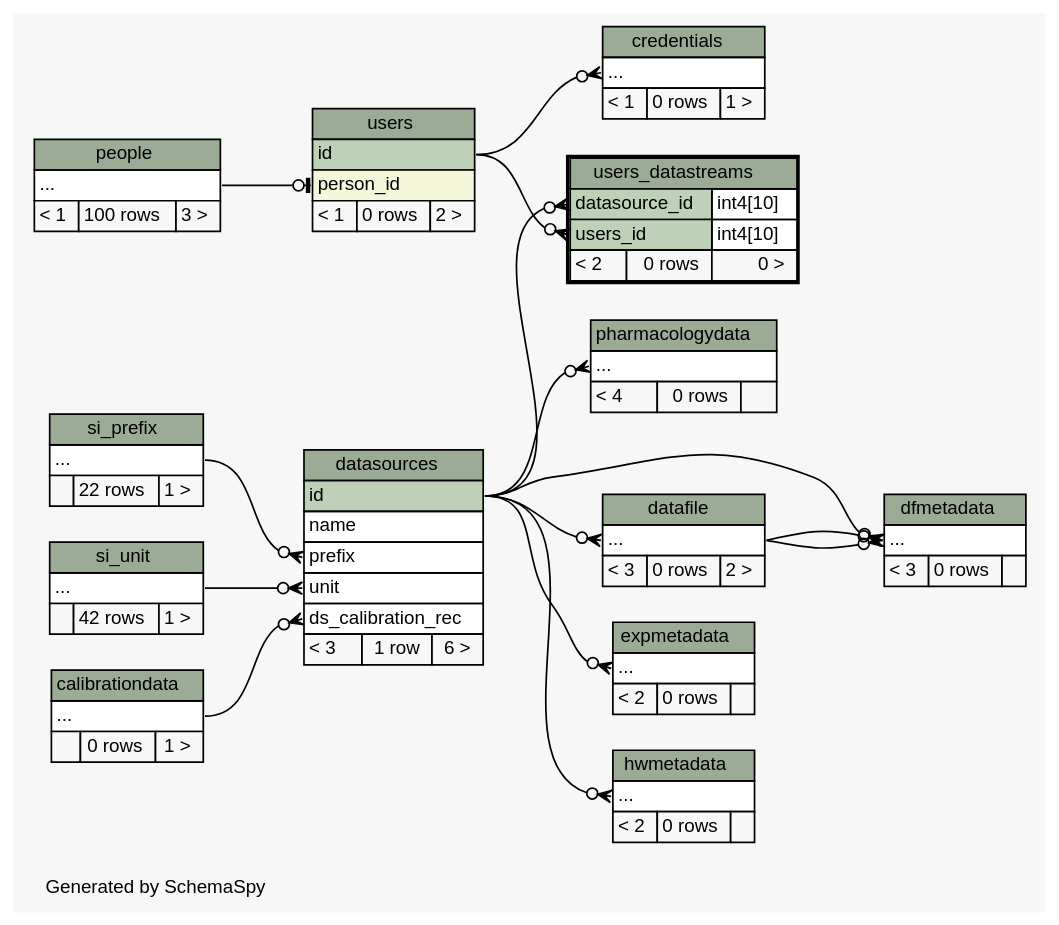
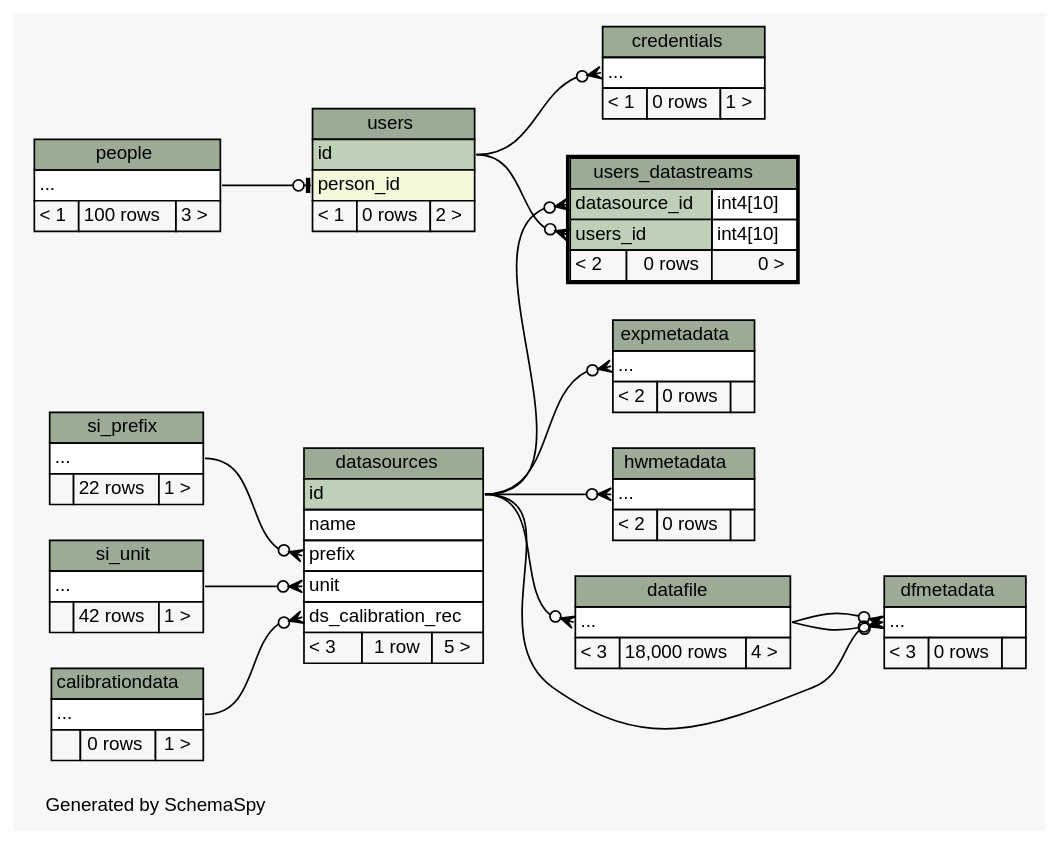
Before and after one commit to tgbugs/mlab: the diagram in database/ss/diagrams/users_datastreams.2degrees.dot, drawn with Graphviz. The commit also changed 185 other files, not shown here.

```diff
--- a/database/ss/diagrams/users_datastreams.2degrees.dot
+++ b/database/ss/diagrams/users_datastreams.2degrees.dot
@@ -1,172 +1,161 @@
 // dot 2.32.0 on Windows 7 6.1
 // SchemaSpy rev 590
 digraph "twoDegreesRelationshipsDiagram" {
   graph [
     rankdir="RL"
     bgcolor="#f7f7f7"
     label="\nGenerated by SchemaSpy"
     labeljust="l"
     nodesep="0.18"
     ranksep="0.46"
     fontname="Helvetica"
     fontsize="11"
   ];
   node [
     fontname="Helvetica"
     fontsize="11"
     shape="plaintext"
   ];
   edge [
     arrowsize="0.8"
   ];
   "credentials":"elipses":w -> "users":"id":e [arrowhead=none dir=back arrowtail=crowodot];
   "datafile":"elipses":w -> "datasources":"id":e [arrowhead=none dir=back arrowtail=crowodot];
   "datasources":"ds_calibration_rec":w -> "calibrationdata":"elipses":e [arrowhead=none dir=back arrowtail=crowodot];
   "datasources":"prefix":w -> "si_prefix":"elipses":e [arrowhead=none dir=back arrowtail=crowodot];
   "datasources":"unit":w -> "si_unit":"elipses":e [arrowhead=none dir=back arrowtail=crowodot];
   "dfmetadata":"elipses":w -> "datasources":"id":e [arrowhead=none dir=back arrowtail=crowodot];
   "dfmetadata":"elipses":w -> "datafile":"elipses":e [arrowhead=none dir=back arrowtail=crowodot];
   "dfmetadata":"elipses":w -> "datafile":"elipses":e [arrowhead=none dir=back arrowtail=crowodot];
   "expmetadata":"elipses":w -> "datasources":"id":e [arrowhead=none dir=back arrowtail=crowodot];
   "hwmetadata":"elipses":w -> "datasources":"id":e [arrowhead=none dir=back arrowtail=crowodot];
-  "pharmacologydata":"elipses":w -> "datasources":"id":e [arrowhead=none dir=back arrowtail=crowodot];
   "users":"person_id":w -> "people":"elipses":e [arrowhead=none dir=back arrowtail=teeodot];
   "users_datastreams":"datasource_id":w -> "datasources":"id":e [arrowhead=none dir=back arrowtail=crowodot];
   "users_datastreams":"users_id":w -> "users":"id":e [arrowhead=none dir=back arrowtail=crowodot];
   "calibrationdata" [
     label=<
     <TABLE BORDER="0" CELLBORDER="1" CELLSPACING="0" BGCOLOR="#ffffff">
       <TR><TD COLSPAN="3" BGCOLOR="#9bab96" ALIGN="CENTER">calibrationdata</TD></TR>
       <TR><TD PORT="elipses" COLSPAN="3" ALIGN="LEFT">...</TD></TR>
       <TR><TD ALIGN="LEFT" BGCOLOR="#f7f7f7">  </TD><TD ALIGN="RIGHT" BGCOLOR="#f7f7f7">0 rows</TD><TD ALIGN="RIGHT" BGCOLOR="#f7f7f7">1 &gt;</TD></TR>
     </TABLE>>
     URL="calibrationdata.html"
     tooltip="calibrationdata"
   ];
   "credentials" [
     label=<
     <TABLE BORDER="0" CELLBORDER="1" CELLSPACING="0" BGCOLOR="#ffffff">
       <TR><TD COLSPAN="3" BGCOLOR="#9bab96" ALIGN="CENTER">credentials</TD></TR>
       <TR><TD PORT="elipses" COLSPAN="3" ALIGN="LEFT">...</TD></TR>
       <TR><TD ALIGN="LEFT" BGCOLOR="#f7f7f7">&lt; 1</TD><TD ALIGN="RIGHT" BGCOLOR="#f7f7f7">0 rows</TD><TD ALIGN="RIGHT" BGCOLOR="#f7f7f7">1 &gt;</TD></TR>
     </TABLE>>
     URL="credentials.html"
     tooltip="credentials"
   ];
   "datafile" [
     label=<
     <TABLE BORDER="0" CELLBORDER="1" CELLSPACING="0" BGCOLOR="#ffffff">
       <TR><TD COLSPAN="3" BGCOLOR="#9bab96" ALIGN="CENTER">datafile</TD></TR>
       <TR><TD PORT="elipses" COLSPAN="3" ALIGN="LEFT">...</TD></TR>
-      <TR><TD ALIGN="LEFT" BGCOLOR="#f7f7f7">&lt; 3</TD><TD ALIGN="RIGHT" BGCOLOR="#f7f7f7">0 rows</TD><TD ALIGN="RIGHT" BGCOLOR="#f7f7f7">2 &gt;</TD></TR>
+      <TR><TD ALIGN="LEFT" BGCOLOR="#f7f7f7">&lt; 3</TD><TD ALIGN="RIGHT" BGCOLOR="#f7f7f7">18,000 rows</TD><TD ALIGN="RIGHT" BGCOLOR="#f7f7f7">4 &gt;</TD></TR>
     </TABLE>>
     URL="datafile.html"
     tooltip="datafile"
   ];
   "datasources" [
     label=<
     <TABLE BORDER="0" CELLBORDER="1" CELLSPACING="0" BGCOLOR="#ffffff">
       <TR><TD COLSPAN="3" BGCOLOR="#9bab96" ALIGN="CENTER">datasources</TD></TR>
       <TR><TD PORT="id" COLSPAN="3" BGCOLOR="#bed1b8" ALIGN="LEFT">id</TD></TR>
       <TR><TD PORT="name" COLSPAN="3" ALIGN="LEFT">name</TD></TR>
       <TR><TD PORT="prefix" COLSPAN="3" ALIGN="LEFT">prefix</TD></TR>
       <TR><TD PORT="unit" COLSPAN="3" ALIGN="LEFT">unit</TD></TR>
       <TR><TD PORT="ds_calibration_rec" COLSPAN="3" ALIGN="LEFT">ds_calibration_rec</TD></TR>
-      <TR><TD ALIGN="LEFT" BGCOLOR="#f7f7f7">&lt; 3</TD><TD ALIGN="RIGHT" BGCOLOR="#f7f7f7">1 row</TD><TD ALIGN="RIGHT" BGCOLOR="#f7f7f7">6 &gt;</TD></TR>
+      <TR><TD ALIGN="LEFT" BGCOLOR="#f7f7f7">&lt; 3</TD><TD ALIGN="RIGHT" BGCOLOR="#f7f7f7">1 row</TD><TD ALIGN="RIGHT" BGCOLOR="#f7f7f7">5 &gt;</TD></TR>
     </TABLE>>
     URL="datasources.html"
     tooltip="datasources"
   ];
   "dfmetadata" [
     label=<
     <TABLE BORDER="0" CELLBORDER="1" CELLSPACING="0" BGCOLOR="#ffffff">
       <TR><TD COLSPAN="3" BGCOLOR="#9bab96" ALIGN="CENTER">dfmetadata</TD></TR>
       <TR><TD PORT="elipses" COLSPAN="3" ALIGN="LEFT">...</TD></TR>
       <TR><TD ALIGN="LEFT" BGCOLOR="#f7f7f7">&lt; 3</TD><TD ALIGN="RIGHT" BGCOLOR="#f7f7f7">0 rows</TD><TD ALIGN="RIGHT" BGCOLOR="#f7f7f7">  </TD></TR>
     </TABLE>>
     URL="dfmetadata.html"
     tooltip="dfmetadata"
   ];
   "expmetadata" [
     label=<
     <TABLE BORDER="0" CELLBORDER="1" CELLSPACING="0" BGCOLOR="#ffffff">
       <TR><TD COLSPAN="3" BGCOLOR="#9bab96" ALIGN="CENTER">expmetadata</TD></TR>
       <TR><TD PORT="elipses" COLSPAN="3" ALIGN="LEFT">...</TD></TR>
       <TR><TD ALIGN="LEFT" BGCOLOR="#f7f7f7">&lt; 2</TD><TD ALIGN="RIGHT" BGCOLOR="#f7f7f7">0 rows</TD><TD ALIGN="RIGHT" BGCOLOR="#f7f7f7">  </TD></TR>
     </TABLE>>
     URL="expmetadata.html"
     tooltip="expmetadata"
   ];
   "hwmetadata" [
     label=<
     <TABLE BORDER="0" CELLBORDER="1" CELLSPACING="0" BGCOLOR="#ffffff">
       <TR><TD COLSPAN="3" BGCOLOR="#9bab96" ALIGN="CENTER">hwmetadata</TD></TR>
       <TR><TD PORT="elipses" COLSPAN="3" ALIGN="LEFT">...</TD></TR>
       <TR><TD ALIGN="LEFT" BGCOLOR="#f7f7f7">&lt; 2</TD><TD ALIGN="RIGHT" BGCOLOR="#f7f7f7">0 rows</TD><TD ALIGN="RIGHT" BGCOLOR="#f7f7f7">  </TD></TR>
     </TABLE>>
     URL="hwmetadata.html"
     tooltip="hwmetadata"
   ];
   "people" [
     label=<
     <TABLE BORDER="0" CELLBORDER="1" CELLSPACING="0" BGCOLOR="#ffffff">
       <TR><TD COLSPAN="3" BGCOLOR="#9bab96" ALIGN="CENTER">people</TD></TR>
       <TR><TD PORT="elipses" COLSPAN="3" ALIGN="LEFT">...</TD></TR>
       <TR><TD ALIGN="LEFT" BGCOLOR="#f7f7f7">&lt; 1</TD><TD ALIGN="RIGHT" BGCOLOR="#f7f7f7">100 rows</TD><TD ALIGN="RIGHT" BGCOLOR="#f7f7f7">3 &gt;</TD></TR>
     </TABLE>>
     URL="people.html"
     tooltip="people"
   ];
-  "pharmacologydata" [
-    label=<
-    <TABLE BORDER="0" CELLBORDER="1" CELLSPACING="0" BGCOLOR="#ffffff">
-      <TR><TD COLSPAN="3" BGCOLOR="#9bab96" ALIGN="CENTER">pharmacologydata</TD></TR>
-      <TR><TD PORT="elipses" COLSPAN="3" ALIGN="LEFT">...</TD></TR>
-      <TR><TD ALIGN="LEFT" BGCOLOR="#f7f7f7">&lt; 4</TD><TD ALIGN="RIGHT" BGCOLOR="#f7f7f7">0 rows</TD><TD ALIGN="RIGHT" BGCOLOR="#f7f7f7">  </TD></TR>
-    </TABLE>>
-    URL="pharmacologydata.html"
-    tooltip="pharmacologydata"
-  ];
   "si_prefix" [
     label=<
     <TABLE BORDER="0" CELLBORDER="1" CELLSPACING="0" BGCOLOR="#ffffff">
       <TR><TD COLSPAN="3" BGCOLOR="#9bab96" ALIGN="CENTER">si_prefix</TD></TR>
       <TR><TD PORT="elipses" COLSPAN="3" ALIGN="LEFT">...</TD></TR>
       <TR><TD ALIGN="LEFT" BGCOLOR="#f7f7f7">  </TD><TD ALIGN="RIGHT" BGCOLOR="#f7f7f7">22 rows</TD><TD ALIGN="RIGHT" BGCOLOR="#f7f7f7">1 &gt;</TD></TR>
     </TABLE>>
     URL="si_prefix.html"
     tooltip="si_prefix"
   ];
   "si_unit" [
     label=<
     <TABLE BORDER="0" CELLBORDER="1" CELLSPACING="0" BGCOLOR="#ffffff">
       <TR><TD COLSPAN="3" BGCOLOR="#9bab96" ALIGN="CENTER">si_unit</TD></TR>
       <TR><TD PORT="elipses" COLSPAN="3" ALIGN="LEFT">...</TD></TR>
       <TR><TD ALIGN="LEFT" BGCOLOR="#f7f7f7">  </TD><TD ALIGN="RIGHT" BGCOLOR="#f7f7f7">42 rows</TD><TD ALIGN="RIGHT" BGCOLOR="#f7f7f7">1 &gt;</TD></TR>
     </TABLE>>
     URL="si_unit.html"
     tooltip="si_unit"
   ];
   "users" [
     label=<
     <TABLE BORDER="0" CELLBORDER="1" CELLSPACING="0" BGCOLOR="#ffffff">
       <TR><TD COLSPAN="3" BGCOLOR="#9bab96" ALIGN="CENTER">users</TD></TR>
       <TR><TD PORT="id" COLSPAN="3" BGCOLOR="#bed1b8" ALIGN="LEFT">id</TD></TR>
       <TR><TD PORT="person_id" COLSPAN="3" BGCOLOR="#f4f7da" ALIGN="LEFT">person_id</TD></TR>
       <TR><TD ALIGN="LEFT" BGCOLOR="#f7f7f7">&lt; 1</TD><TD ALIGN="RIGHT" BGCOLOR="#f7f7f7">0 rows</TD><TD ALIGN="RIGHT" BGCOLOR="#f7f7f7">2 &gt;</TD></TR>
     </TABLE>>
     URL="users.html"
     tooltip="users"
   ];
   "users_datastreams" [
     label=<
     <TABLE BORDER="2" CELLBORDER="1" CELLSPACING="0" BGCOLOR="#ffffff">
       <TR><TD COLSPAN="3" BGCOLOR="#9bab96" ALIGN="CENTER">users_datastreams</TD></TR>
       <TR><TD PORT="datasource_id" COLSPAN="2" BGCOLOR="#bed1b8" ALIGN="LEFT">datasource_id</TD><TD PORT="datasource_id.type" ALIGN="LEFT">int4[10]</TD></TR>
       <TR><TD PORT="users_id" COLSPAN="2" BGCOLOR="#bed1b8" ALIGN="LEFT">users_id</TD><TD PORT="users_id.type" ALIGN="LEFT">int4[10]</TD></TR>
       <TR><TD ALIGN="LEFT" BGCOLOR="#f7f7f7">&lt; 2</TD><TD ALIGN="RIGHT" BGCOLOR="#f7f7f7">0 rows</TD><TD ALIGN="RIGHT" BGCOLOR="#f7f7f7">0 &gt;</TD></TR>
     </TABLE>>
     URL="users_datastreams.html"
     tooltip="users_datastreams"
   ];
 }
```
